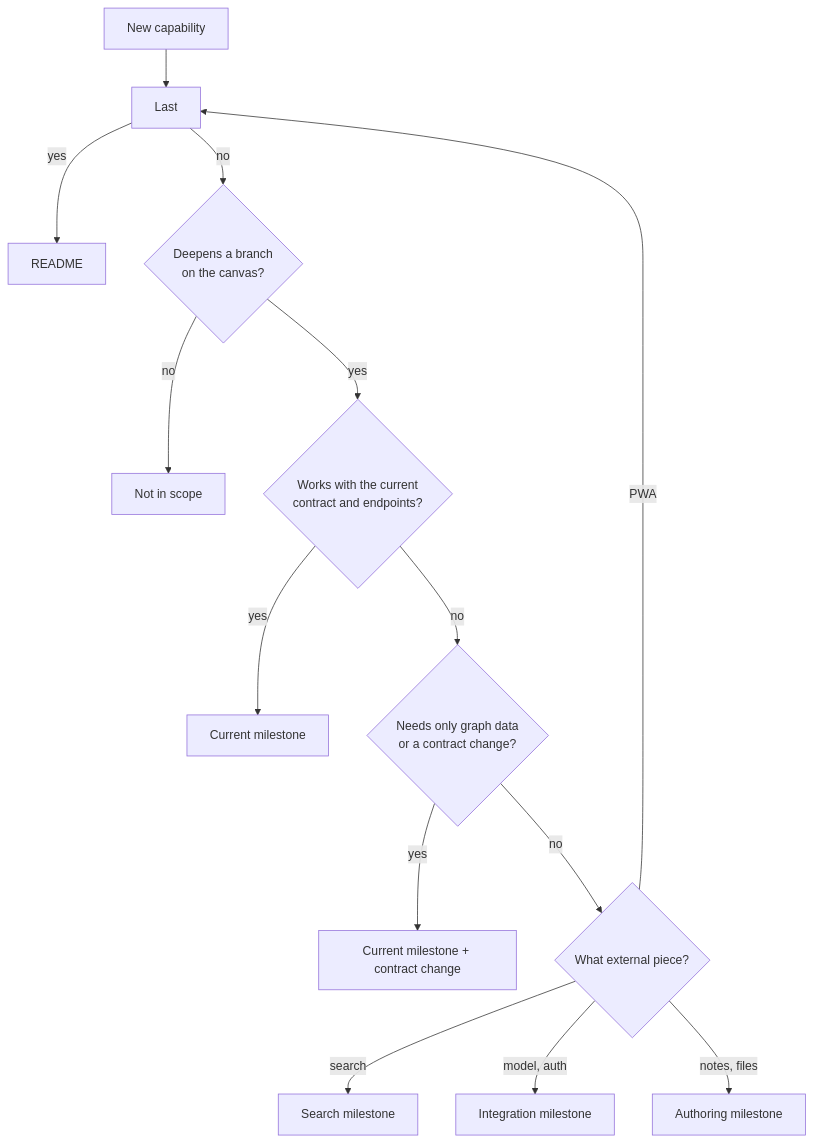
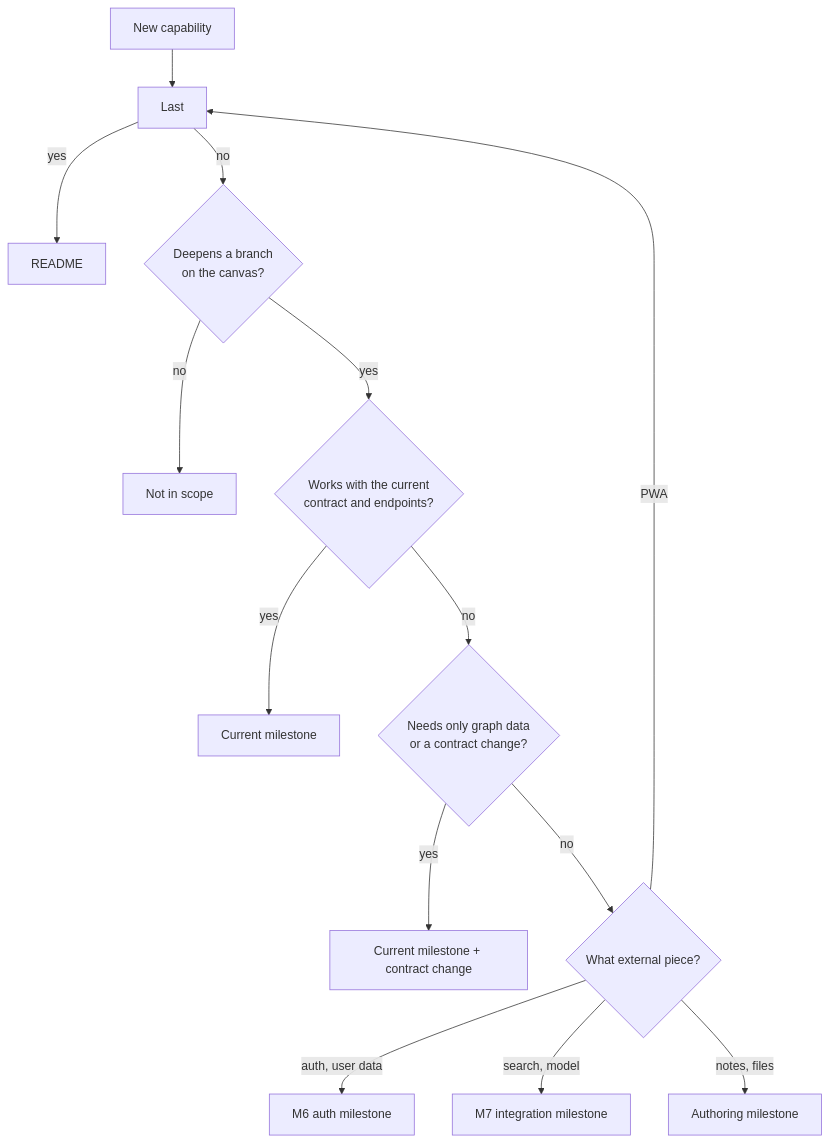
The first of 2 diagrams in docs/PLAN.md (zacharyLYH/DeepBurrow), drawn with Mermaid before and after one commit. The commit also changed other lines of this file and 51 other files, not shown here.

Commit message:
m6 auth and user

````diff
--- a/docs/PLAN.md
+++ b/docs/PLAN.md
@@ -26,16 +26,16 @@
 ```mermaid
 flowchart TD
   F[New capability] --> P{Permanent product rule?}
   P -- yes --> R[README]
   P -- no --> S{Deepens a branch<br/>on the canvas?}
   S -- no --> X[Not in scope]
   S -- yes --> C{Works with the current<br/>contract and endpoints?}
   C -- yes --> M[Current milestone]
   C -- no --> D{Needs only graph data<br/>or a contract change?}
   D -- yes --> M2[Current milestone + contract change]
   D -- no --> E{What external piece?}
-  E -- search --> S2[Search milestone]
-  E -- model, auth --> I[Integration milestone]
+  E -- auth, user data --> I6[M6 auth milestone]
+  E -- search, model --> I7[M7 integration milestone]
   E -- notes, files --> A[Authoring milestone]
   E -- PWA --> P[Last]
 ```
````
